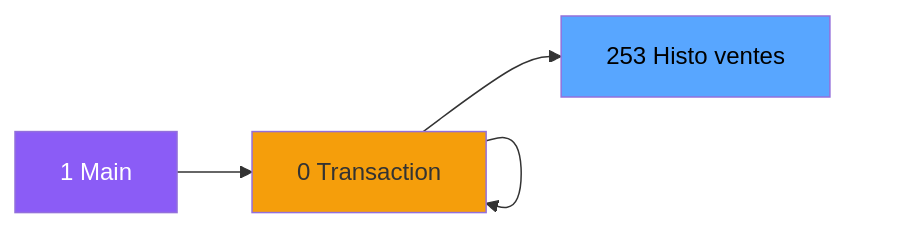
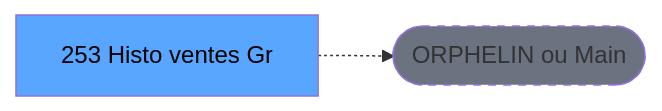
Before and after one commit to thonyAGP/lecteur-magic: the second of 3 diagrams in .openspec/renders/ADH-IDE-253.md, drawn with Mermaid. The commit also changed other lines of this file and 701 other files, not shown here.

````diff
--- a/.openspec/renders/ADH-IDE-253.md
+++ b/.openspec/renders/ADH-IDE-253.md
@@ -146,23 +135,8 @@
 ```mermaid
 graph LR
-    M[1 Main]
-    N0[0 Histo ventes]
-    N0[0 Transaction ]
-    N0[0 Histo ventes]
-    N0[0 Histo ventes]
-    N0[0 Transaction ]
-    T[253 Histo ventes]
-    M --> N0
-    N0 --> N0
-    N0 --> N0
-    N0 --> N0
-    N0 --> N0
-    N0 --> T
-    style M fill:#8b5cf6,color:#fff
-    style N0 fill:#f59e0b
-    style N0 fill:#f59e0b
-    style N0 fill:#f59e0b
-    style N0 fill:#f59e0b
-    style N0 fill:#f59e0b
+    T[253 Histo ventes Gr]
+    ORPHAN([ORPHELIN ou Main])
+    T -.-> ORPHAN
     style T fill:#58a6ff,color:#000
+    style ORPHAN fill:#6b7280,stroke-dasharray: 5 5
 ```
````
